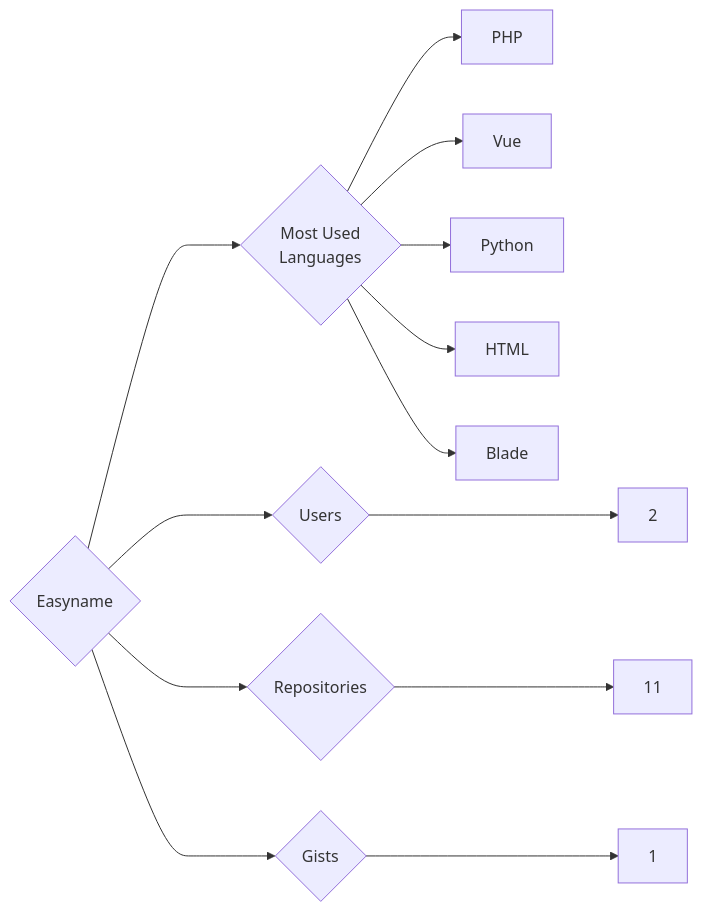
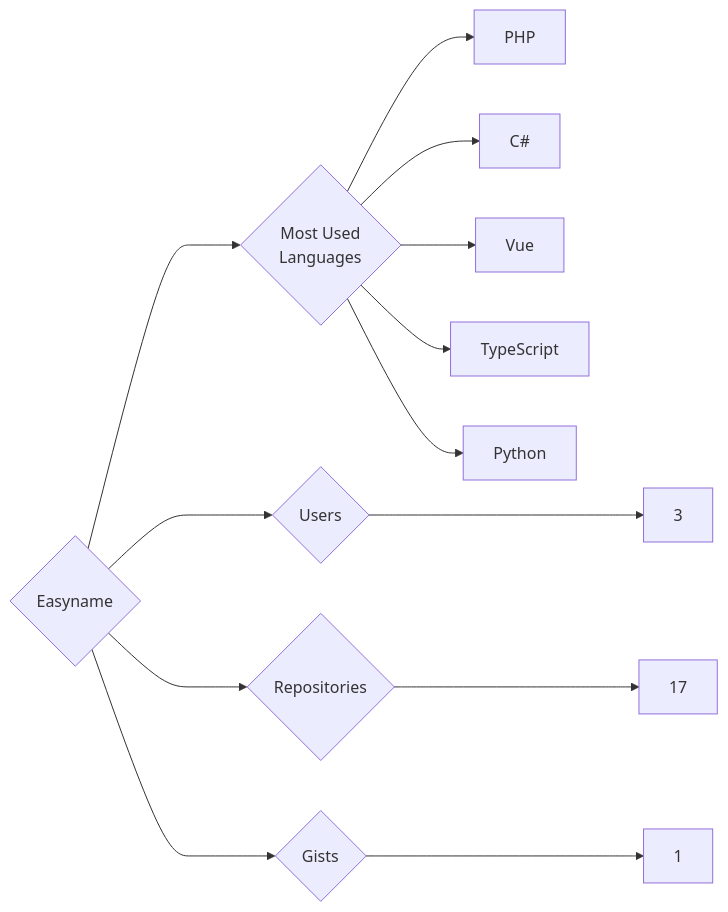
The diagram in targets/Easyname/README.md (trickest/insiders), drawn with Mermaid before and after one commit. The commit also changed 1167 other files, not shown here.

````diff
--- a/targets/Easyname/README.md
+++ b/targets/Easyname/README.md
@@ -3,13 +3,13 @@
 ```mermaid
 graph LR
 COMPANY_NAME{Easyname}
-COMPANY_NAME ---> U{Users} ---> UN[2]
-COMPANY_NAME ---> R{Repositories} ---> RN[11]
+COMPANY_NAME ---> U{Users} ---> UN[3]
+COMPANY_NAME ---> R{Repositories} ---> RN[17]
 COMPANY_NAME ---> G{Gists} ---> GN[1]
 COMPANY_NAME ---> ML{Most Used<br>Languages}
 ML --> PHP[PHP]
+ML --> C#[C#]
 ML --> Vue[Vue]
+ML --> TypeScript[TypeScript]
 ML --> Python[Python]
-ML --> HTML[HTML]
-ML --> Blade[Blade]
 ```
````
